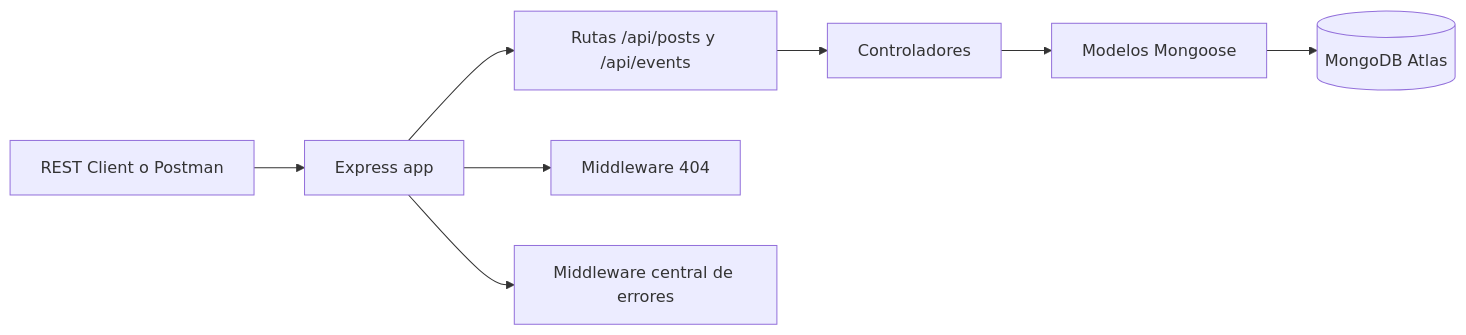
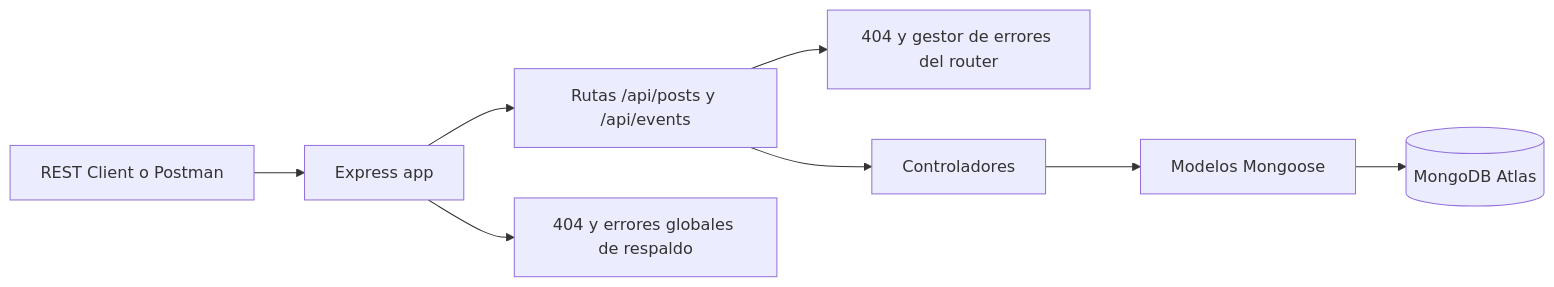
One commit to fatimafajardonovo-sketch/tedxgranada changed the diagram in README.md. Above: the diagram before and after it, drawn with Mermaid. The commit also changed other lines of this file and 2 other files, not shown here.

Commit message:
Agregar middleware de gestión de errores y rutas no encontradas en los routers de eventos y posts

````diff
--- a/README.md
+++ b/README.md
@@ -90,10 +92,10 @@
 ```mermaid
 flowchart LR
     Cliente[REST Client o Postman] --> App[Express app]
     App --> Routes[Rutas /api/posts y /api/events]
+    Routes --> RouterErrors[404 y gestor de errores del router]
     Routes --> Controllers[Controladores]
     Controllers --> Models[Modelos Mongoose]
     Models --> Atlas[(MongoDB Atlas)]
-    App --> NotFound[Middleware 404]
-    App --> Errors[Middleware central de errores]
+    App --> GlobalErrors[404 y errores globales de respaldo]
 ```
````
